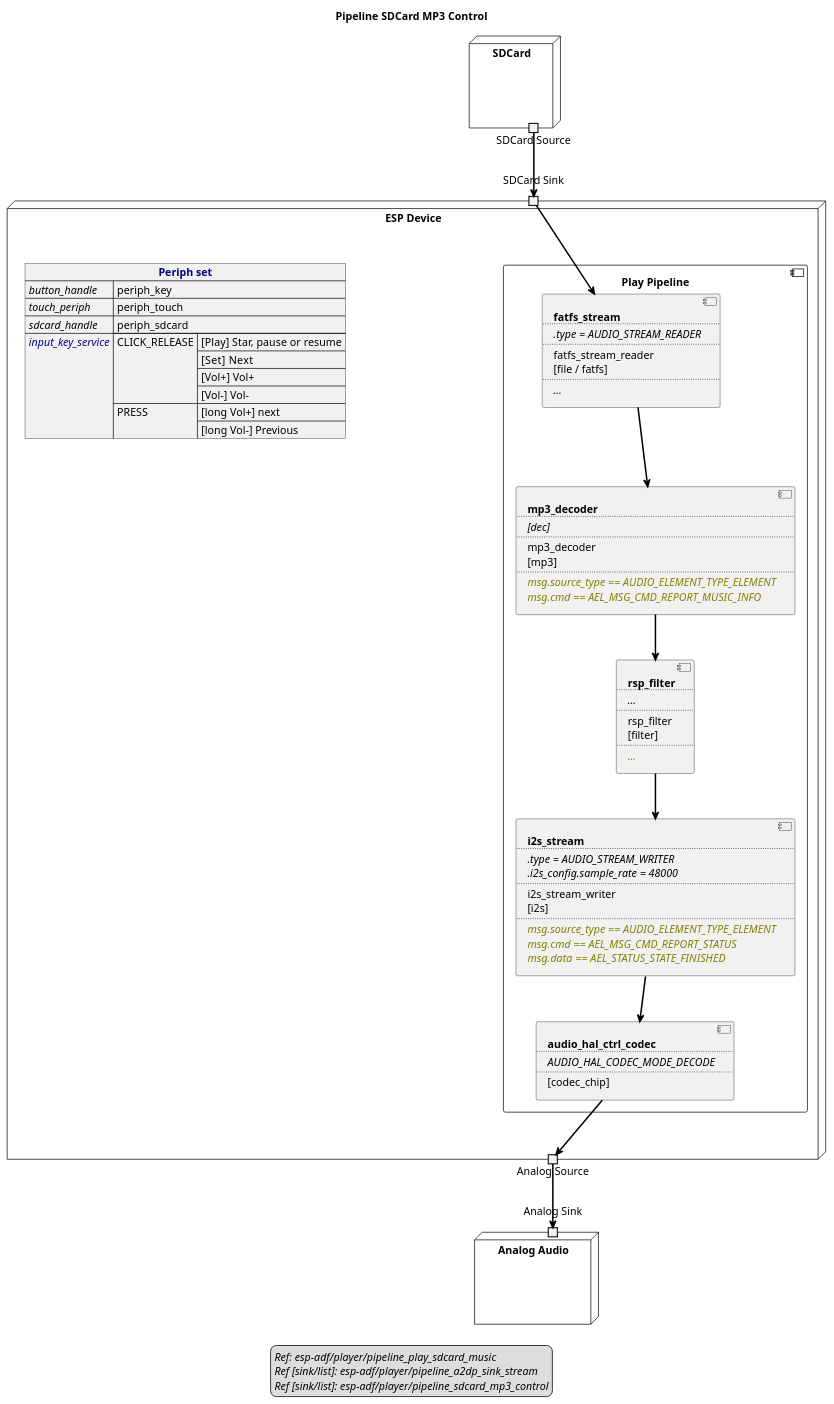
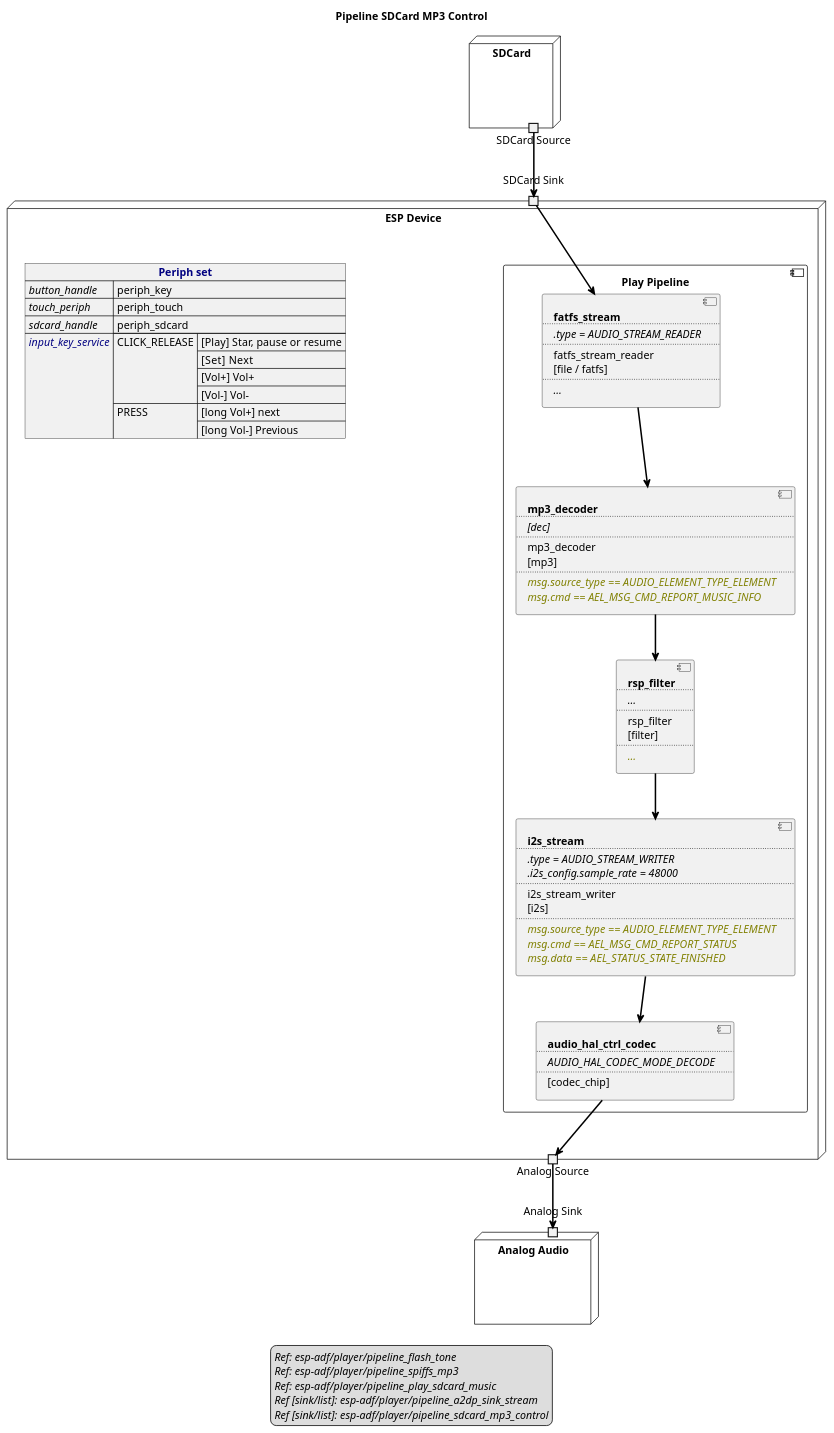
The diagram in examples/esp-adf/player/pipeline_sdcard_mp3_control/audio-stream-diagram.plantuml (liang-zhu-zi/open-audio-adapter), drawn with PlantUML before and after one commit. The commit also changed 1 other file, not shown here.

Commit message:
add audio flow chart

```diff
--- a/examples/esp-adf/player/pipeline_sdcard_mp3_control/audio-stream-diagram.plantuml
+++ b/examples/esp-adf/player/pipeline_sdcard_mp3_control/audio-stream-diagram.plantuml
@@ -1,111 +1,113 @@
 @startuml pipeline_sdcard_mp3_control
 title Pipeline SDCard MP3 Control
 allowmixing
 
 legend
+//Ref: esp-adf/player/pipeline_flash_tone//
+//Ref: esp-adf/player/pipeline_spiffs_mp3//
 //Ref: esp-adf/player/pipeline_play_sdcard_music//
 //Ref [sink/list]: esp-adf/player/pipeline_a2dp_sink_stream//
 //Ref [sink/list]: esp-adf/player/pipeline_sdcard_mp3_control//
 end legend
 
 node "SDCard" as SDCard {
     portout "SDCard Source" as SdcardSource
 }
 
 node "ESP Device" as ESPDevice {
     json "<b><color navy>Periph set" as periph_set {
         "<i>button_handle": "periph_key",
         "<i>touch_periph": "periph_touch",
         "<i>sdcard_handle" : "periph_sdcard",
         "<i><color navy>input_key_service" : {
             "CLICK_RELEASE":["[Play] Star, pause or resume", 
                              "[Set]  Next",
                              "[Vol+] Vol+",
                              "[Vol-] Vol-"
             ],
             "PRESS":["[long Vol+] next",
                      "[long Vol-] Previous"
             ]
         }
     }
 
     portin "SDCard Sink" as SdcardSink
 
     component "Play Pipeline" as PlayPipeline {
 
         component FatfsStream [
             <b>fatfs_stream
             ....
             <i>.type = AUDIO_STREAM_READER
             ....
             fatfs_stream_reader
             [file / fatfs]
             ....
             <i>...
         ]
 
         component Mp3Decoder [
             <b>mp3_decoder
             ....
             <i>[dec]
             ....
             mp3_decoder
             [mp3]
             ....
             <i><color olive>msg.source_type == AUDIO_ELEMENT_TYPE_ELEMENT
             <i><color olive>msg.cmd == AEL_MSG_CMD_REPORT_MUSIC_INFO
         ]
 
         component ResampleFilter [
             <b>rsp_filter
             ....
             <i>...
             ....
             rsp_filter
             [filter]
             ....
             <i><color olive>...
         ]
 
         component I2SStream [
             <b>i2s_stream
             ....
             <i>.type = AUDIO_STREAM_WRITER
             <i>.i2s_config.sample_rate = 48000
             ....
             i2s_stream_writer
             [i2s]
             ....
             <i><color olive>msg.source_type == AUDIO_ELEMENT_TYPE_ELEMENT
             <i><color olive>msg.cmd == AEL_MSG_CMD_REPORT_STATUS
             <i><color olive>msg.data == AEL_STATUS_STATE_FINISHED
         ]
 
         component HALCodec [
             <b>audio_hal_ctrl_codec
             ....
             <i>AUDIO_HAL_CODEC_MODE_DECODE
             ....
             [codec_chip]
         ]
     }
 
     portout "Analog Source" as AnalogSource
 } 
 
 node "Analog Audio" as AnalogAudio  {
     portin "Analog Sink" as AnalogSink
 }
 
 SdcardSource --> SdcardSink     #line:black;line.bold;text:black
 
 SdcardSink --> FatfsStream      #line:black;line.bold;text:black
 FatfsStream--> Mp3Decoder       #line:black;line.bold;text:black
 Mp3Decoder     --> ResampleFilter   #line:black;line.bold;text:black
 ResampleFilter --> I2SStream        #line:black;line.bold;text:black
 I2SStream  --> HALCodec         #line:black;line.bold;text:black
 HALCodec   --> AnalogSource     #line:black;line.bold;text:black
 
 AnalogSource --> AnalogSink     #line:black;line.bold;text:black
 
 @enduml
```
